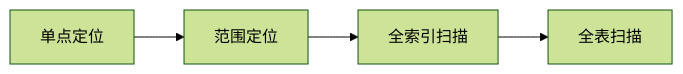
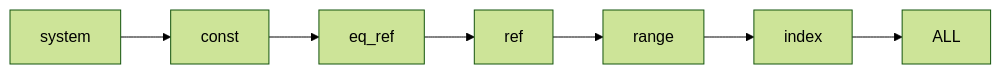
The first of 4 diagrams in blog/database/MySQL/MySQL执行计划.md (Igarashi-G/Igarashi-G.github.io), drawn with Mermaid (forest theme) before and after one commit. The commit also changed other lines of this file and 9 other files, not shown here.

````diff
--- a/blog/database/MySQL/MySQL执行计划.md
+++ b/blog/database/MySQL/MySQL执行计划.md
@@ -115,6 +153,9 @@
 ```mermaid
-flowchart LR
-    point[单点定位] --> range[范围定位]
-    range --> fullIndex[全索引扫描]
-    fullIndex --> fullTable[全表扫描]
+graph LR
+    A[system] --> B[const]
+    B --> C[eq_ref]
+    C --> D[ref]
+    D --> E[range]
+    E --> F[index]
+    F --> G[ALL]
 ```
````
